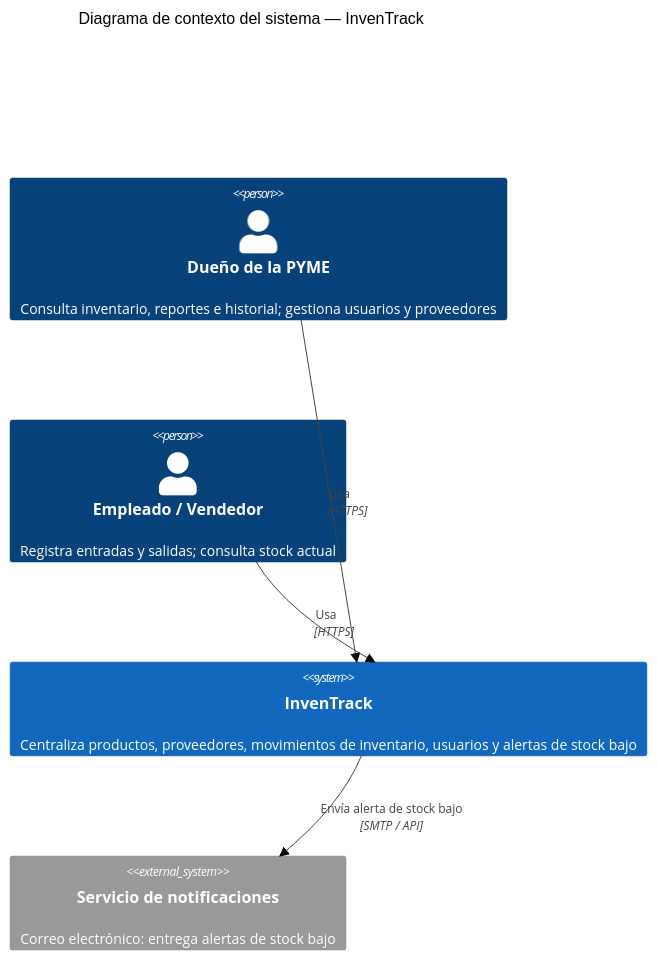
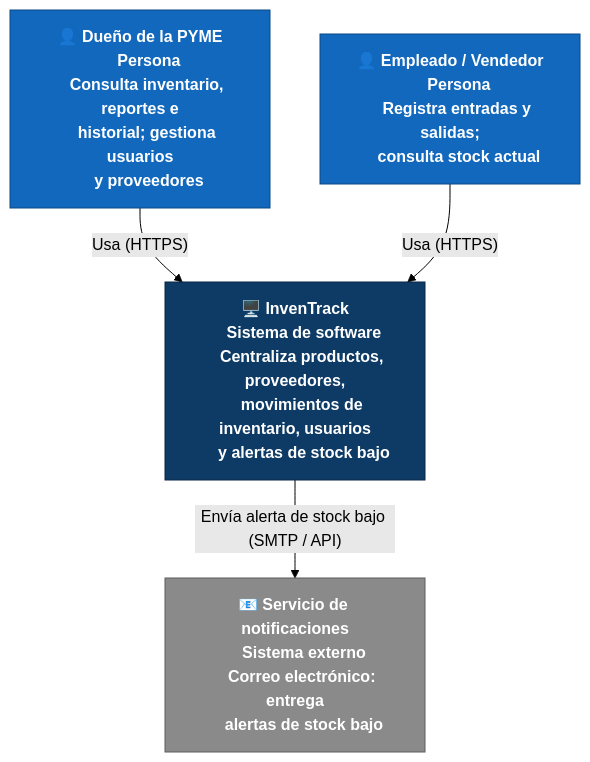
Before and after one commit to ISCOUTB/AS_202620_InvenTrack: the diagram in docs/c4/context.md, drawn with Mermaid (forest theme). The commit also changed other lines of this file, not shown here.

Commit message:
Revise context diagram and actor descriptions for InvenTrack
Updated the context diagram for InvenTrack to include detailed descriptions of actors and their interactions with the system. Enhanced the visual representation using Mermaid syntax.

````diff
--- a/docs/c4/context.md
+++ b/docs/c4/context.md
@@ -3,15 +8,36 @@
 ```mermaid
-C4Context
-    title Diagrama de contexto del sistema — InvenTrack
+flowchart TB
+    Dueno["👤 Dueño de la PYME
+    Persona
+    Consulta inventario, reportes e
+    historial; gestiona usuarios
+    y proveedores"]
 
-    Person(dueno, "Dueño de la PYME", "Consulta inventario, reportes e historial; gestiona usuarios y proveedores")
-    Person(empleado, "Empleado / Vendedor", "Registra entradas y salidas; consulta stock actual")
+    Empleado["👤 Empleado / Vendedor
+    Persona
+    Registra entradas y salidas;
+    consulta stock actual"]
 
-    System(inventrack, "InvenTrack", "Centraliza productos, proveedores, movimientos de inventario, usuarios y alertas de stock bajo")
+    InvenTrack["🖥️ InvenTrack
+    Sistema de software
+    Centraliza productos, proveedores,
+    movimientos de inventario, usuarios
+    y alertas de stock bajo"]
 
-    System_Ext(notificaciones, "Servicio de notificaciones", "Correo electrónico: entrega alertas de stock bajo")
+    Notif["📧 Servicio de notificaciones
+    Sistema externo
+    Correo electrónico: entrega
+    alertas de stock bajo"]
 
-    Rel(dueno, inventrack, "Usa", "HTTPS")
-    Rel(empleado, inventrack, "Usa", "HTTPS")
-    Rel(inventrack, notificaciones, "Envía alerta de stock bajo", "SMTP / API")
+    Dueno -- "Usa (HTTPS)" --> InvenTrack
+    Empleado -- "Usa (HTTPS)" --> InvenTrack
+    InvenTrack -- "Envía alerta de stock bajo (SMTP / API)" --> Notif
+
+    classDef person fill:#1168bd,stroke:#0b4884,color:#ffffff,font-weight:bold
+    classDef system fill:#0d3b66,stroke:#082746,color:#ffffff,font-weight:bold
+    classDef external fill:#8a8a8a,stroke:#5c5c5c,color:#ffffff,font-weight:bold
+
+    class Dueno,Empleado person
+    class InvenTrack system
+    class Notif external
 ```
````
